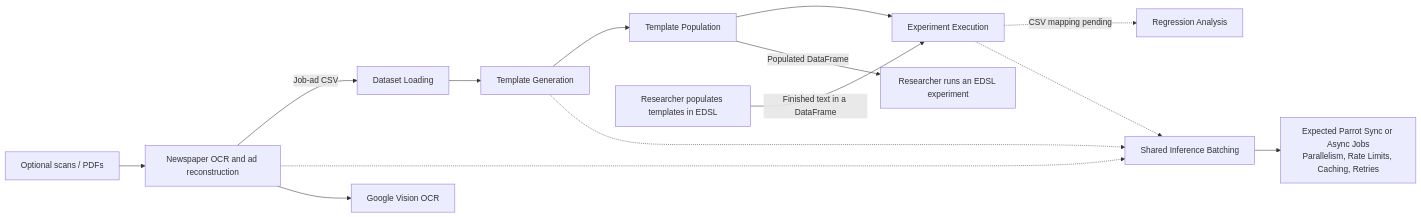
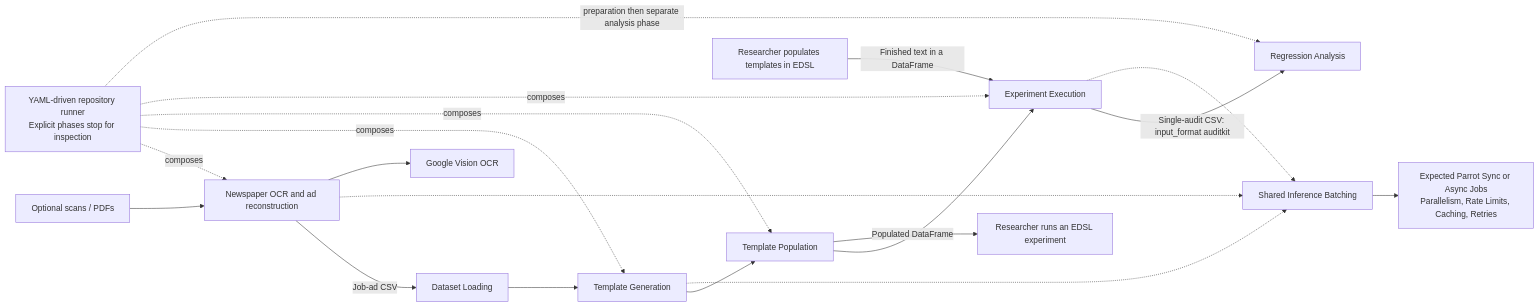
The diagram in docs/architecture/architecture_overview.mmd (KirillUtyashev/LLM_AuditKit), drawn with Mermaid before and after one commit. The commit also changed 35 other files, not shown here.

Commit message:
Integrate pipeline handoffs and add YAML phase runner (#17)

```diff
--- a/docs/architecture/architecture_overview.mmd
+++ b/docs/architecture/architecture_overview.mmd
@@ -1,18 +1,23 @@
 ---
 config:
   theme: mc
 ---
 flowchart LR
+    W["YAML-driven repository runner<br/>Explicit phases stop for inspection"] -. composes .-> O
+    W -. composes .-> B
+    W -. composes .-> C
+    W -. composes .-> D
+    W -. preparation then separate analysis phase .-> E
     S[Optional scans / PDFs] --> O[Newspaper OCR and ad reconstruction]
     O -->|Job-ad CSV| A
     A[Dataset Loading] --> B[Template Generation]
     B --> C[Template Population]
     C --> D[Experiment Execution]
     P["Researcher populates templates in EDSL"] -->|Finished text in a DataFrame| D
     C -->|Populated DataFrame| R["Researcher runs an EDSL experiment"]
-    D -.->|CSV mapping pending| E[Regression Analysis]
+    D -->|Single-audit CSV: input_format auditkit| E[Regression Analysis]
     B -.-> I[Shared Inference Batching]
     D -.-> I
     O -.-> I
     O --> V[Google Vision OCR]
     I --> F[Expected Parrot Sync or Async Jobs<br/>Parallelism, Rate Limits, Caching, Retries]
```
